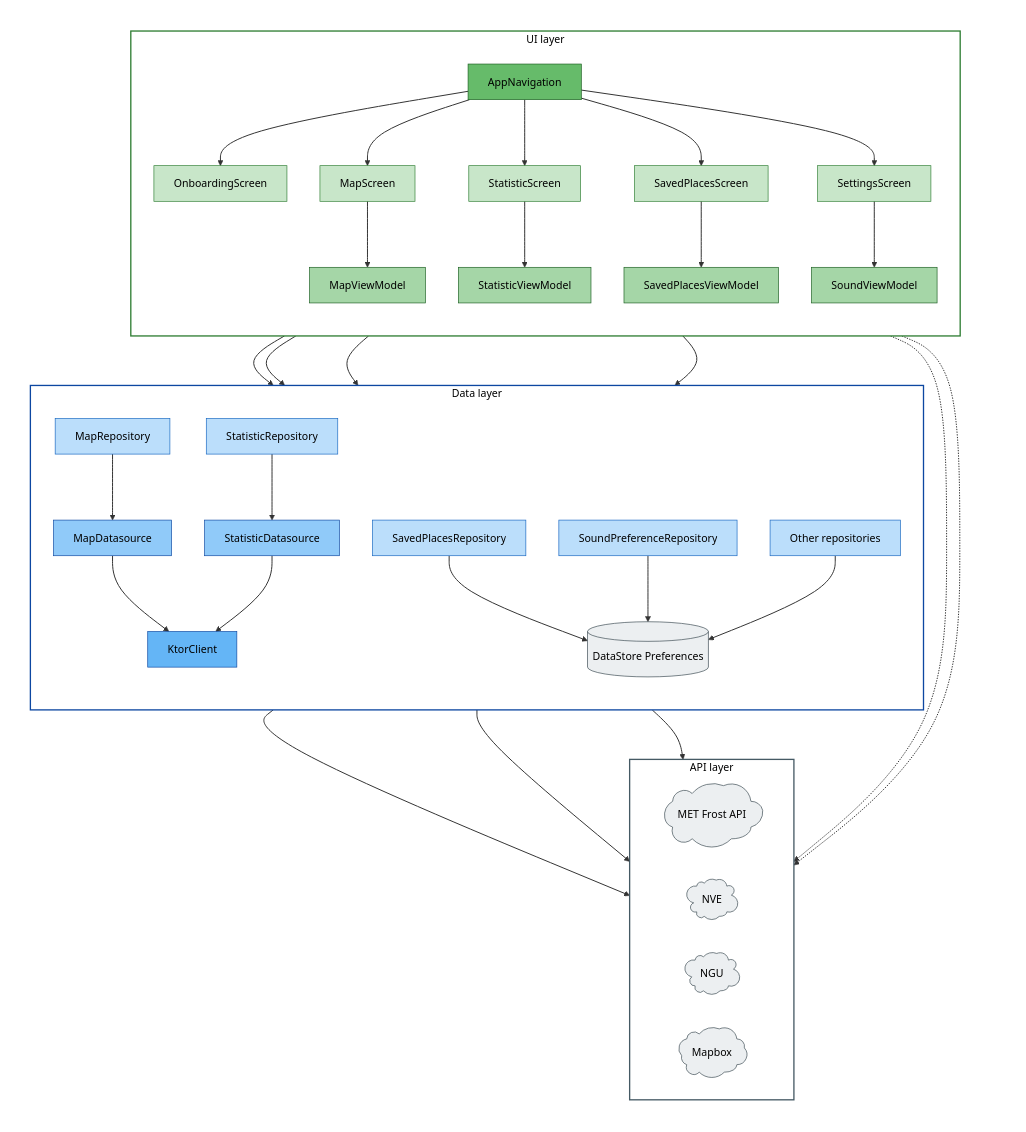
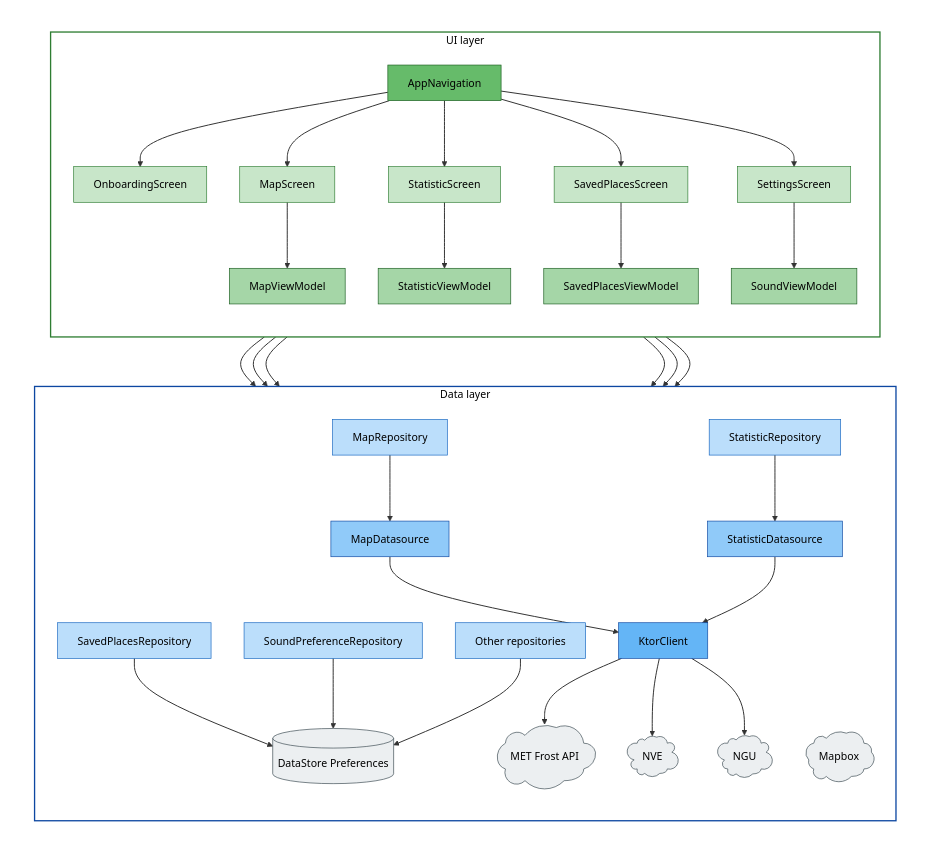
Before and after one commit to Dannevanne/klima-app: the diagram in ARCHITECTURE.md, drawn with Mermaid. The commit also changed other lines of this file, not shown here.

Commit message:
fix: API clouds inside data layer, solid arrows for Mapbox in ARCHITECTURE.md

```diff
--- a/ARCHITECTURE.md
+++ b/ARCHITECTURE.md
@@ -138,7 +138,7 @@
             SetScreen --> SoundVM
         end
 
-        %% =========== DATA LAYER ===========
+        %% =========== DATA LAYER (includes external APIs) ===========
         subgraph DATA["Data layer"]
             direction TB
 
@@ -154,6 +154,11 @@
             Ktor["KtorClient"]:::net
             DS[("DataStore Preferences")]:::store
 
+            Frost@{ shape: cloud, label: "MET Frost API" }
+            NVE@{ shape: cloud, label: "NVE" }
+            NGU@{ shape: cloud, label: "NGU" }
+            Mapbox@{ shape: cloud, label: "Mapbox" }
+
             MapRepo --> MapDS
             StatRepo --> StatDS
             MapDS --> Ktor
@@ -162,15 +167,10 @@
             SavRepo --> DS
             SoundRepo --> DS
             OtherRepos --> DS
-        end
 
-        %% =========== API LAYER ===========
-        subgraph API["API layer"]
-            direction LR
-            Frost@{ shape: cloud, label: "MET Frost API" }
-            NVE@{ shape: cloud, label: "NVE" }
-            NGU@{ shape: cloud, label: "NGU" }
-            Mapbox@{ shape: cloud, label: "Mapbox" }
+            Ktor --> Frost
+            Ktor --> NVE
+            Ktor --> NGU
         end
 
         class Frost,NVE,NGU,Mapbox api
@@ -181,12 +181,8 @@
         SavVM --> SavRepo
         SoundVM --> SoundRepo
 
-        Ktor --> Frost
-        Ktor --> NVE
-        Ktor --> NGU
-
-        MapScreen -.-> Mapbox
-        StatVM -.-> Mapbox
+        MapScreen --> Mapbox
+        StatVM --> Mapbox
     end
 
     linkStyle default stroke:#333333,stroke-width:1.5px
@@ -194,7 +190,6 @@
     style CANVAS fill:#ffffff,stroke:#ffffff,color:#000000
     style UI fill:#ffffff,stroke:#2e7d32,stroke-width:2px,color:#000000
     style DATA fill:#ffffff,stroke:#0d47a1,stroke-width:2px,color:#000000
-    style API fill:#ffffff,stroke:#455a64,stroke-width:2px,color:#000000
 
     classDef navhost fill:#66bb6a,stroke:#1b5e20,color:#000
     classDef screen fill:#c8e6c9,stroke:#2e7d32,color:#000
```
